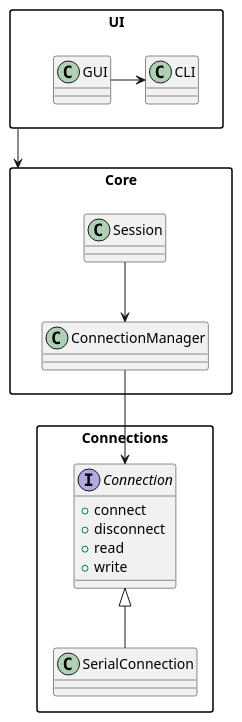
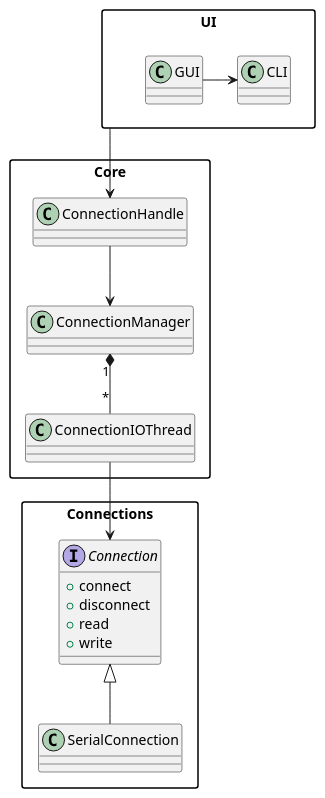
One commit to simon-rechermann/putty_rs_async changed the diagram in docs/puml/arch_level2.puml. Above: the diagram before and after it, drawn with PlantUML. The commit also changed 3 other files, not shown here.

Commit message:
Updated arch docu showing new ConnectionIOThread and ConnectionHandle

```diff
--- a/docs/puml/arch_level2.puml
+++ b/docs/puml/arch_level2.puml
@@ -1,35 +1,37 @@
 @startuml ArchLevel2
 
 allowmixing
 
 skinparam packageStyle rectangle
 skinparam packageBackgroundColor White
 
 package UI {
     class CLI
     class GUI
     GUI -> CLI
 }
 
 package Core {
-    class Session
+    class ConnectionHandle
+    class ConnectionIOThread
     class ConnectionManager
-    Session --> ConnectionManager
+    ConnectionHandle --> ConnectionManager
+    ConnectionManager "1" *-- "*" ConnectionIOThread
 }
 
 package Connections {
     interface Connection {
         + connect
         + disconnect
         + read
         + write
     }
     class SerialConnection {
     }
     Connection <|-- SerialConnection
 }
 
-UI --> Core
-ConnectionManager --> Connection
+UI --> ConnectionHandle
+ConnectionIOThread --> Connection
 
 @enduml
```
